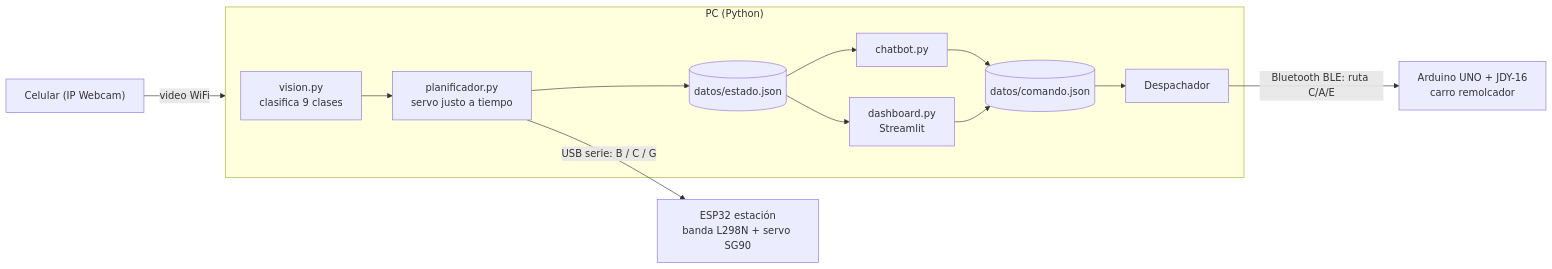
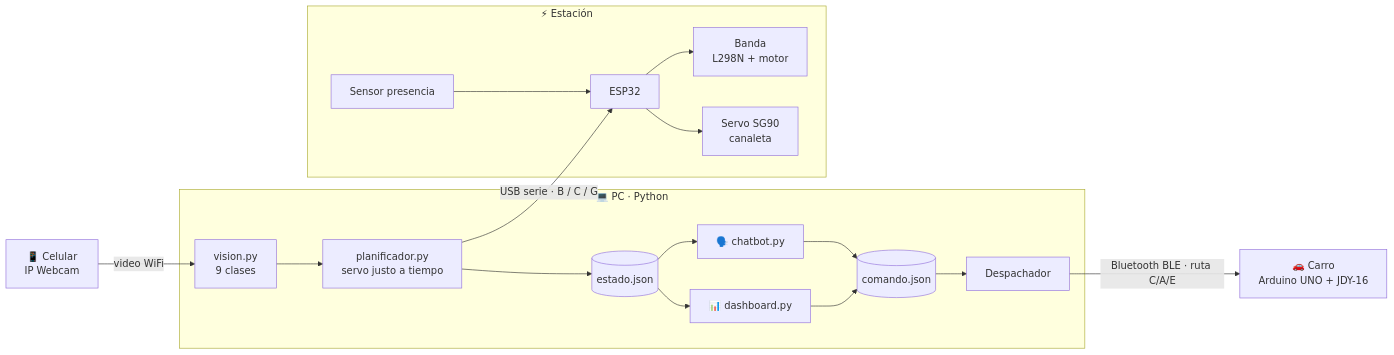
Before and after one commit to kevinvega-05/PROYECTO-FINAL: the first of 2 diagrams in README.md, drawn with Mermaid. The commit also changed other lines of this file and 23 other files, not shown here.

First line of the commit message:
README potente: evidencia física, diagramas, números clave y capturas reales

````diff
--- a/README.md
+++ b/README.md
@@ -38,15 +68,20 @@
 ```mermaid
 flowchart LR
-    CEL["Celular (IP Webcam)"] -- video WiFi --> PC
-    subgraph PC["PC (Python)"]
-        VIS["vision.py<br/>clasifica 9 clases"] --> PLA["planificador.py<br/>servo justo a tiempo"]
-        PLA --> EST[("datos/estado.json")]
-        CMD[("datos/comando.json")] --> DES["Despachador"]
-        EST --> DASH["dashboard.py<br/>Streamlit"]
-        EST --> BOT["chatbot.py"]
+    CEL["📱 Celular<br/>IP Webcam"] -- "video WiFi" --> VIS
+    subgraph PC["💻 PC · Python"]
+        VIS["vision.py<br/>9 clases"] --> PLA["planificador.py<br/>servo justo a tiempo"]
+        PLA --> EST[("estado.json")]
+        CMD[("comando.json")] --> DES["Despachador"]
+        EST --> DASH["📊 dashboard.py"]
+        EST --> BOT["🗣️ chatbot.py"]
         BOT --> CMD
         DASH --> CMD
     end
-    PLA -- "USB serie: B / C / G" --> ESP["ESP32 estación<br/>banda L298N + servo SG90"]
-    DES -- "Bluetooth BLE: ruta C/A/E" --> CAR["Arduino UNO + JDY-16<br/>carro remolcador"]
+    PLA -- "USB serie · B / C / G" --> ESP
+    subgraph EST32["⚡ Estación"]
+        ESP["ESP32"] --> BAN["Banda<br/>L298N + motor"]
+        ESP --> SRV["Servo SG90<br/>canaleta"]
+        SEN["Sensor presencia"] --> ESP
+    end
+    DES -- "Bluetooth BLE · ruta C/A/E" --> CAR["🚗 Carro<br/>Arduino UNO + JDY-16"]
 ```
````
